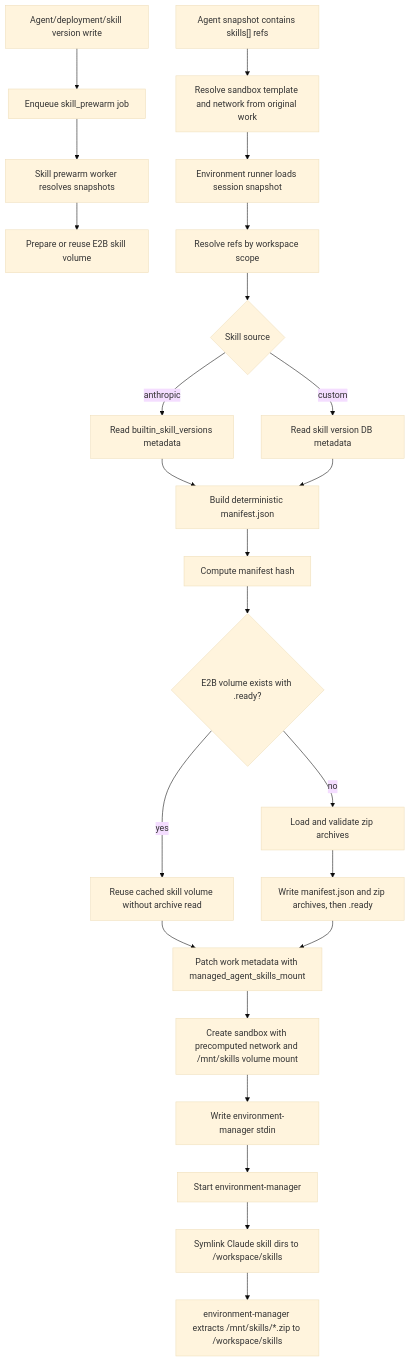
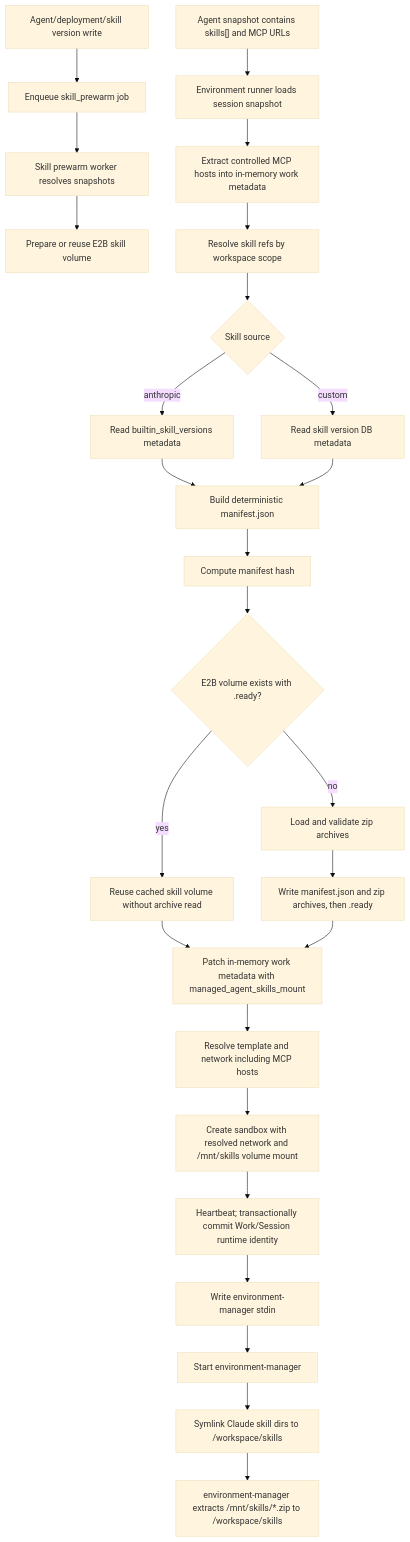
Before and after one commit to superduck-ai/open-managed-agents: the diagram in docs/design/be/managed-agent-skills-runtime.md, drawn with Mermaid (base theme). The commit also changed other lines of this file and 8 other files, not shown here.

````diff
--- a/docs/design/be/managed-agent-skills-runtime.md
+++ b/docs/design/be/managed-agent-skills-runtime.md
@@ -43,26 +45,28 @@
 ```mermaid
 flowchart TD
   Z["Agent/deployment/skill version write"] --> ZA["Enqueue skill_prewarm job"]
   ZA --> ZB["Skill prewarm worker resolves snapshots"]
   ZB --> ZC["Prepare or reuse E2B skill volume"]
-  A["Agent snapshot contains skills[] refs"] --> AA["Resolve sandbox template and network from original work"]
-  AA --> B["Environment runner loads session snapshot"]
-  B --> C["Resolve refs by workspace scope"]
+  A["Agent snapshot contains skills[] and MCP URLs"] --> B["Environment runner loads session snapshot"]
+  B --> BA["Extract controlled MCP hosts into in-memory work metadata"]
+  BA --> C["Resolve skill refs by workspace scope"]
   C --> D{"Skill source"}
   D -->|"anthropic"| E["Read builtin_skill_versions metadata"]
   D -->|"custom"| F["Read skill version DB metadata"]
   E --> H["Build deterministic manifest.json"]
   F --> H
   H --> I["Compute manifest hash"]
   I --> J{"E2B volume exists with .ready?"}
   J -->|"yes"| K["Reuse cached skill volume without archive read"]
   J -->|"no"| L["Load and validate zip archives"]
   L --> LA["Write manifest.json and zip archives, then .ready"]
-  K --> M["Patch work metadata with managed_agent_skills_mount"]
+  K --> M["Patch in-memory work metadata with managed_agent_skills_mount"]
   LA --> M
-  M --> N["Create sandbox with precomputed network and /mnt/skills volume mount"]
-  N --> O["Write environment-manager stdin"]
+  M --> MA["Resolve template and network including MCP hosts"]
+  MA --> N["Create sandbox with resolved network and /mnt/skills volume mount"]
+  N --> NA["Heartbeat; transactionally commit Work/Session runtime identity"]
+  NA --> O["Write environment-manager stdin"]
   O --> P["Start environment-manager"]
   P --> Q["Symlink Claude skill dirs to /workspace/skills"]
   Q --> R["environment-manager extracts /mnt/skills/*.zip to /workspace/skills"]
 ```
````
